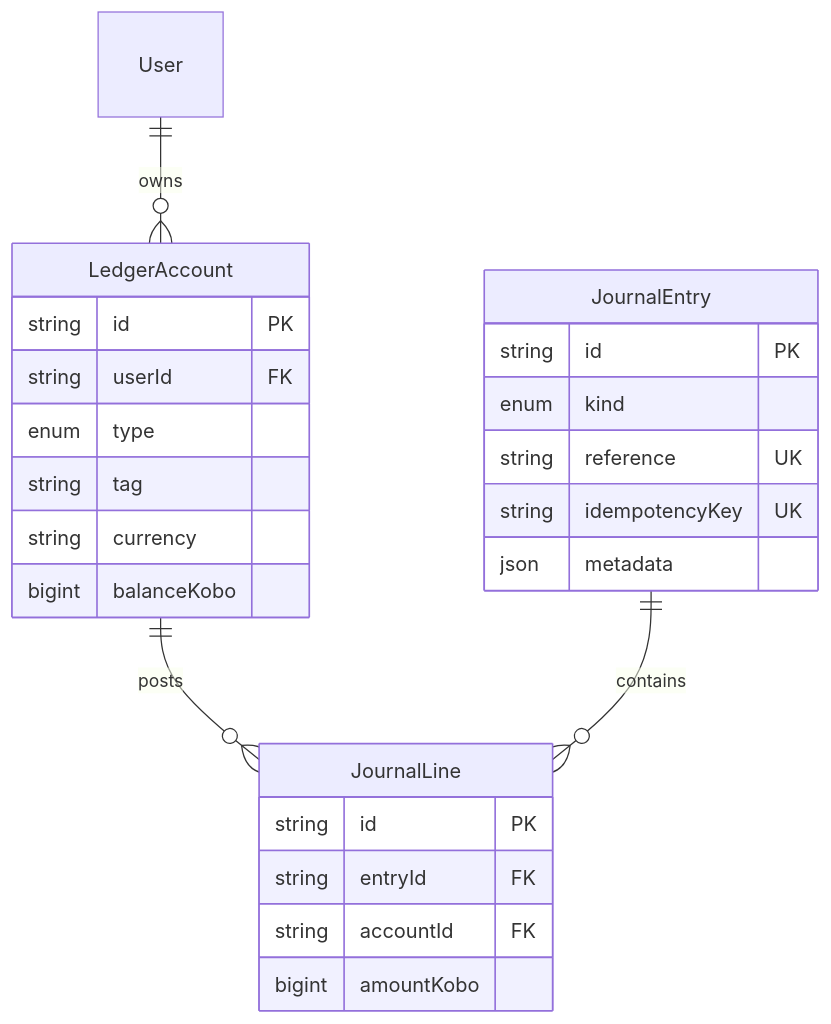
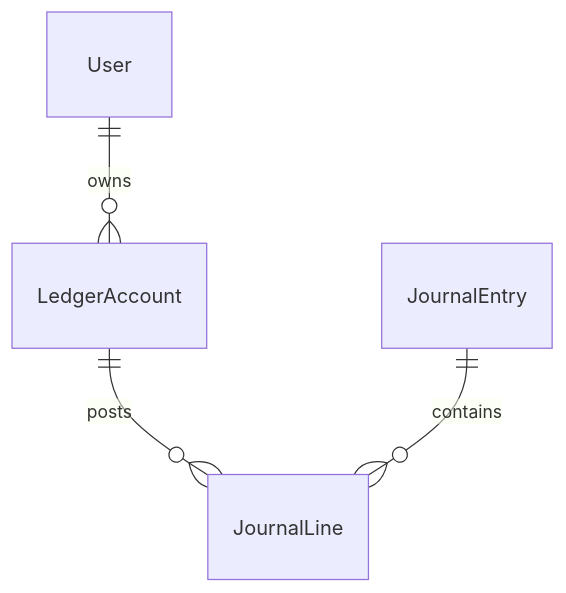
Before and after one commit to hafizsameer11/kipit-backend: the fourth of 8 diagrams in docs/DATABASE.md, drawn with Mermaid. The commit also changed other lines of this file, not shown here.

Commit message:
Expand database docs with FK map, cardinality, and per-table schema.

````diff
--- a/docs/DATABASE.md
+++ b/docs/DATABASE.md
@@ -157,30 +234,6 @@
 ```mermaid
 erDiagram
   User ||--o{ LedgerAccount : owns
   LedgerAccount ||--o{ JournalLine : posts
   JournalEntry ||--o{ JournalLine : contains
-
-  LedgerAccount {
-    string id PK
-    string userId FK
-    enum type
-    string tag
-    string currency
-    bigint balanceKobo
-  }
-
-  JournalEntry {
-    string id PK
-    enum kind
-    string reference UK
-    string idempotencyKey UK
-    json metadata
-  }
-
-  JournalLine {
-    string id PK
-    string entryId FK
-    string accountId FK
-    bigint amountKobo
-  }
 ```
````
